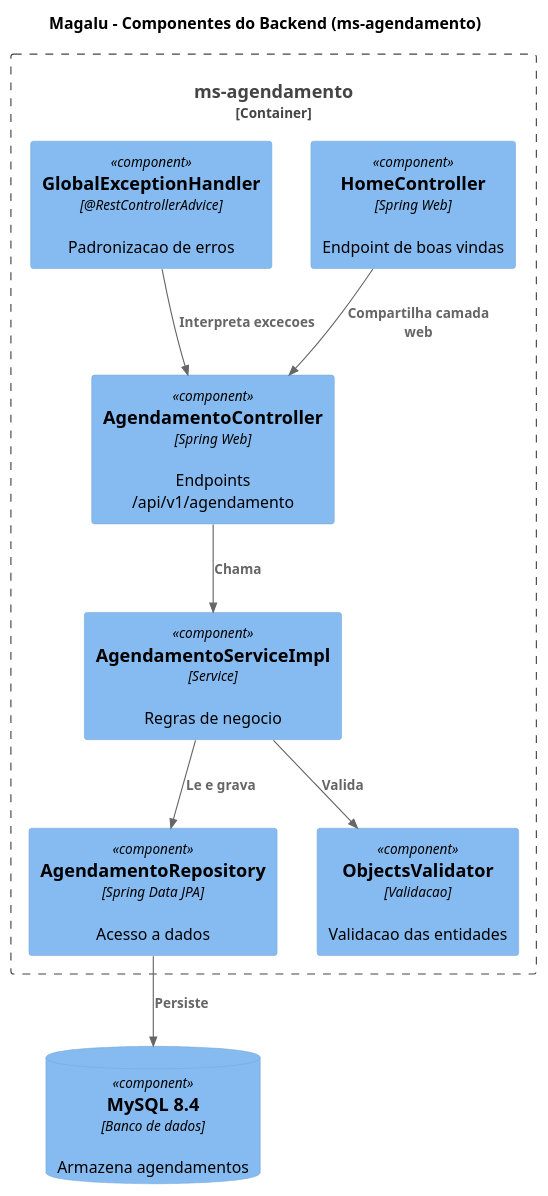
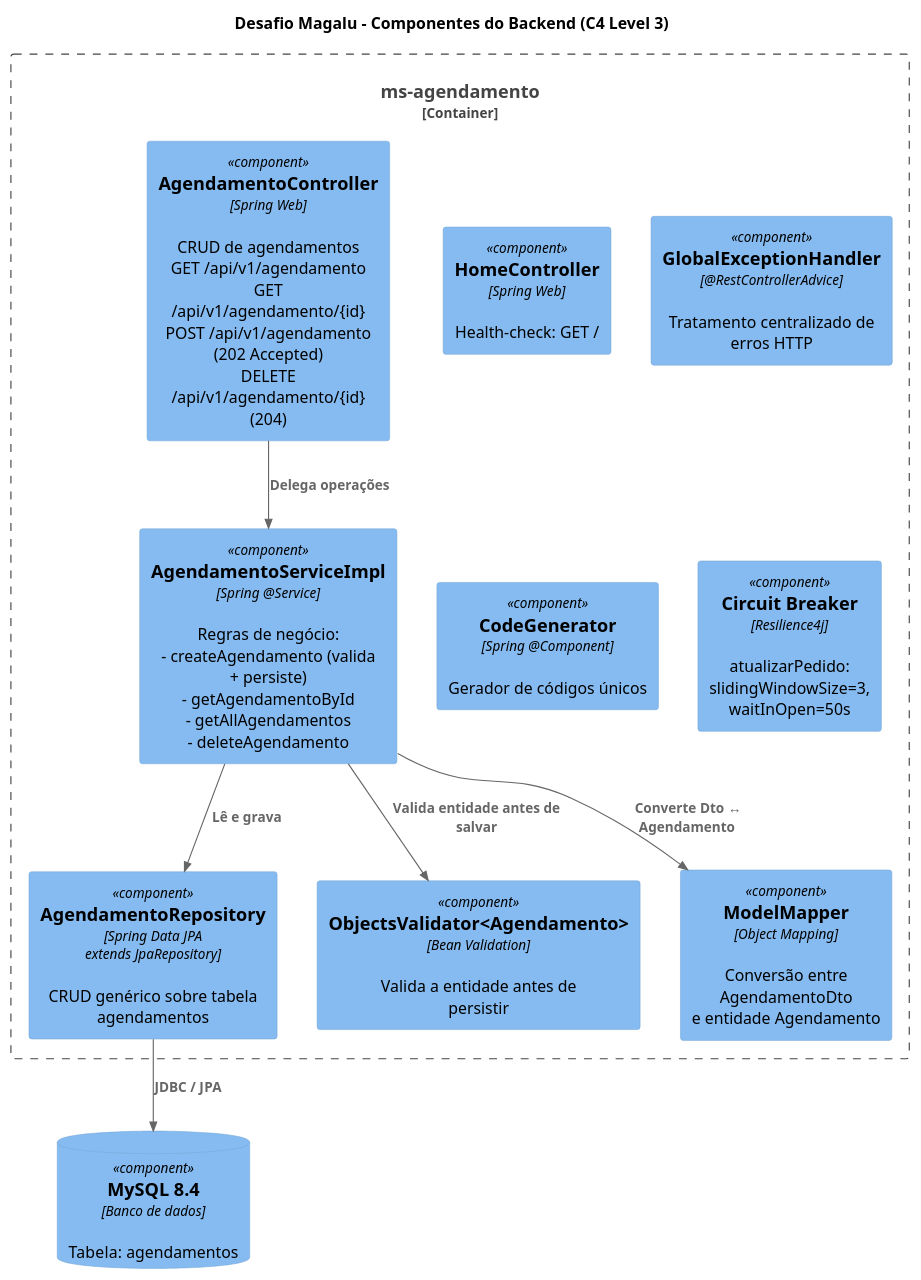
One commit to leoalmeida/desafioMagalu changed the diagram in docs/architecture/component-diagram-backend.puml. Above: the diagram before and after it, drawn with PlantUML. The commit also changed 7 other files, not shown here.

Commit message:
Inclusão do web-ui do openapi e atualização dos diagramas de documentação.

```diff
--- a/docs/architecture/component-diagram-backend.puml
+++ b/docs/architecture/component-diagram-backend.puml
@@ -1,25 +1,27 @@
 @startuml component_diagram
 
 !include https://raw.githubusercontent.com/plantuml-stdlib/C4-PlantUML/master/C4_Component.puml
 
-title Magalu - Componentes do Backend (ms-agendamento)
+title Desafio Magalu - Componentes do Backend (C4 Level 3)
 
 Container_Boundary(msag, "ms-agendamento") {
-	Component(home_controller, "HomeController", "Spring Web", "Endpoint de boas vindas")
-	Component(ag_controller, "AgendamentoController", "Spring Web", "Endpoints /api/v1/agendamento")
-	Component(ag_service, "AgendamentoServiceImpl", "Service", "Regras de negocio")
-	Component(ag_repository, "AgendamentoRepository", "Spring Data JPA", "Acesso a dados")
-	Component(validator, "ObjectsValidator", "Validacao", "Validacao das entidades")
-	Component(exception_handler, "GlobalExceptionHandler", "@RestControllerAdvice", "Padronizacao de erros")
+    Component(home_controller, "HomeController", "Spring Web", "Health-check: GET /")
+    Component(ag_controller, "AgendamentoController", "Spring Web", "CRUD de agendamentos\nGET /api/v1/agendamento\nGET /api/v1/agendamento/{id}\nPOST /api/v1/agendamento (202 Accepted)\nDELETE /api/v1/agendamento/{id} (204)")
+    Component(exc_handler, "GlobalExceptionHandler", "@RestControllerAdvice", "Tratamento centralizado de erros HTTP")
+    Component(ag_service, "AgendamentoServiceImpl", "Spring @Service", "Regras de negócio:\n- createAgendamento (valida + persiste)\n- getAgendamentoById\n- getAllAgendamentos\n- deleteAgendamento")
+    Component(ag_repository, "AgendamentoRepository", "Spring Data JPA\nextends JpaRepository", "CRUD genérico sobre tabela agendamentos")
+    Component(validator, "ObjectsValidator<Agendamento>", "Bean Validation", "Valida a entidade antes de persistir")
+    Component(mapper, "ModelMapper", "Object Mapping", "Conversão entre AgendamentoDto\ne entidade Agendamento")
+    Component(code_gen, "CodeGenerator", "Spring @Component", "Gerador de códigos únicos")
+    Component(circuit_breaker, "Circuit Breaker", "Resilience4j", "atualizarPedido:\nslidingWindowSize=3, waitInOpen=50s")
 }
 
-ComponentDb(mysql, "MySQL 8.4", "Banco de dados", "Armazena agendamentos")
+ComponentDb(mysql, "MySQL 8.4", "Banco de dados", "Tabela: agendamentos")
 
-Rel(home_controller, ag_controller, "Compartilha camada web")
-Rel(ag_controller, ag_service, "Chama")
-Rel(ag_service, validator, "Valida")
-Rel(ag_service, ag_repository, "Le e grava")
-Rel(ag_repository, mysql, "Persiste")
-Rel(exception_handler, ag_controller, "Interpreta excecoes")
+Rel(ag_controller, ag_service, "Delega operações")
+Rel(ag_service, validator, "Valida entidade antes de salvar")
+Rel(ag_service, mapper, "Converte Dto ↔ Agendamento")
+Rel(ag_service, ag_repository, "Lê e grava")
+Rel(ag_repository, mysql, "JDBC / JPA")
 
 @enduml
```
